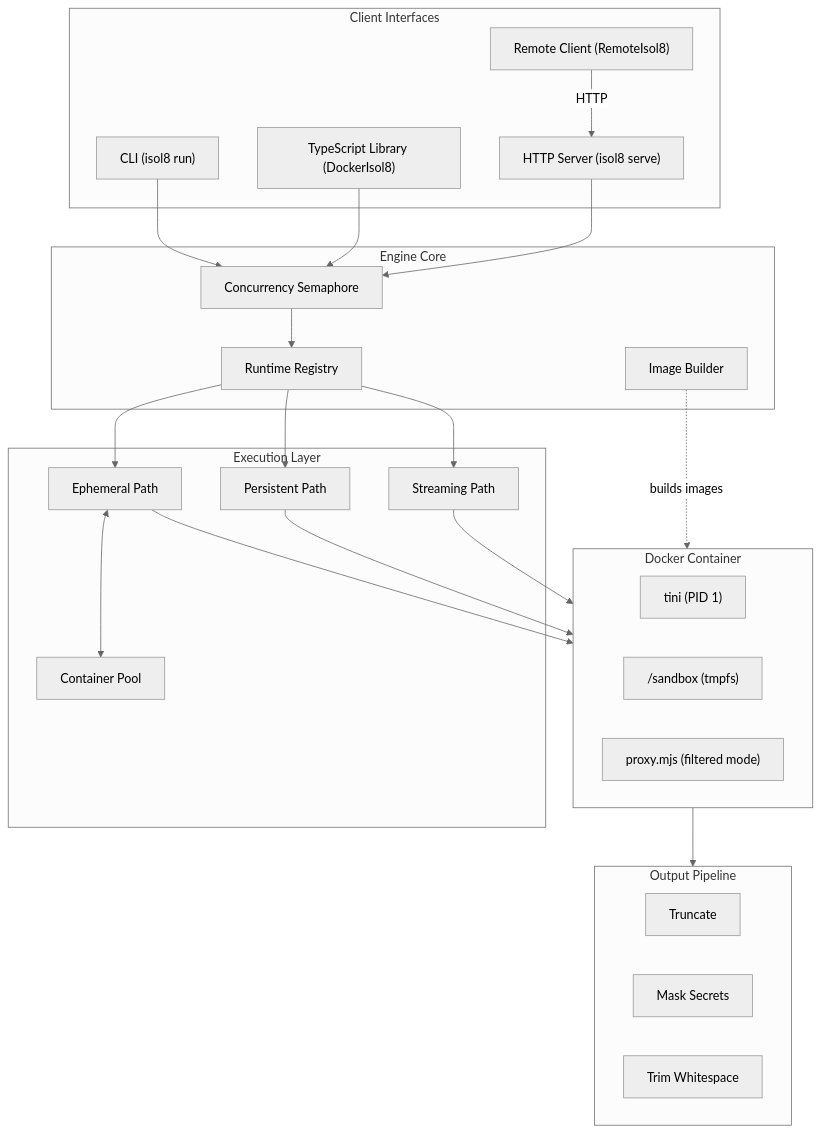
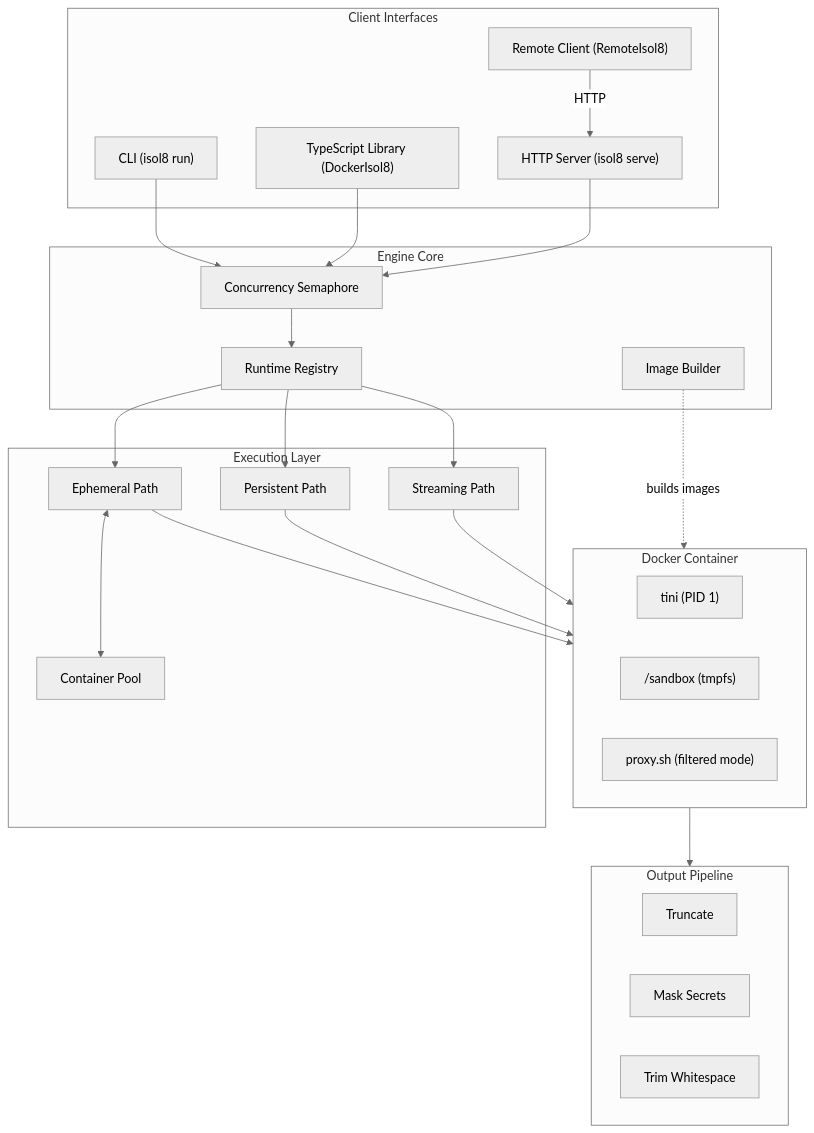
Before and after one commit to Illusion47586/isol8: the first of 10 diagrams in docs/architecture.mdx, drawn with Mermaid (neutral theme). The commit also changed other lines of this file and 5 other files, not shown here.

First line of the commit message:
docs: update proxy references from proxy.mjs to proxy.sh + proxy-handler.sh

````diff
--- a/docs/architecture.mdx
+++ b/docs/architecture.mdx
@@ -10,52 +10,52 @@
 ```mermaid
 flowchart TB
     subgraph Interfaces["Client Interfaces"]
         CLI["CLI (isol8 run)"]
         LIB["TypeScript Library (DockerIsol8)"]
         HTTP["HTTP Server (isol8 serve)"]
         REMOTE["Remote Client (RemoteIsol8)"]
     end
 
     subgraph Core["Engine Core"]
         SEM["Concurrency Semaphore"]
         REG["Runtime Registry"]
         IB["Image Builder"]
     end
 
     subgraph Execution["Execution Layer"]
         EPH["Ephemeral Path"]
         PER["Persistent Path"]
         STR["Streaming Path"]
         POOL["Container Pool"]
     end
 
     subgraph Container["Docker Container"]
         TINI["tini (PID 1)"]
         SANDBOX["/sandbox (tmpfs)"]
-        PROXY["proxy.mjs (filtered mode)"]
+        PROXY["proxy.sh (filtered mode)"]
     end
 
     subgraph Post["Output Pipeline"]
         TRUNC["Truncate"]
         MASK["Mask Secrets"]
         TRIM["Trim Whitespace"]
     end
 
     CLI --> SEM
     LIB --> SEM
     HTTP --> SEM
     REMOTE -->|HTTP| HTTP
 
     SEM --> REG
     REG --> EPH
     REG --> PER
     REG --> STR
     EPH <--> POOL
     IB -.->|builds images| Container
 
     EPH --> Container
     PER --> Container
     STR --> Container
 
     Container --> Post
 ```
````
